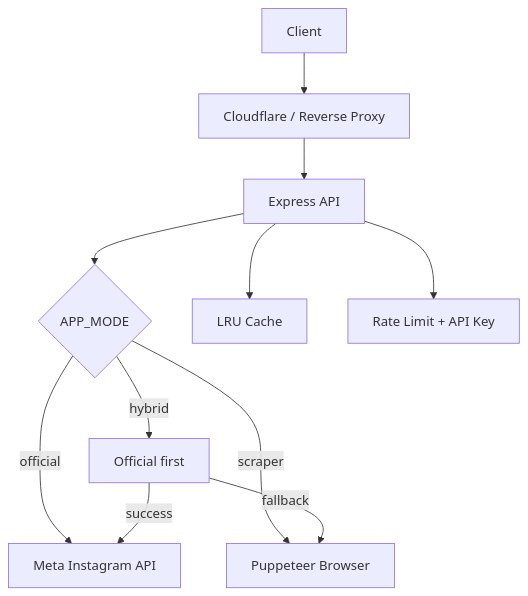
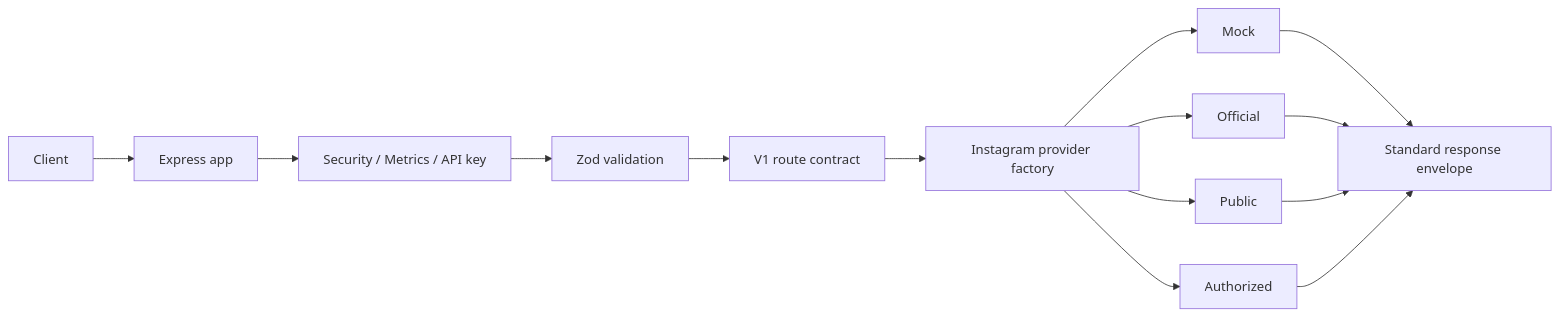
The diagram in docs/ARCHITECTURE.md (kakrusliandika/TenRusl-InstagramApiNodeJs), drawn with Mermaid before and after one commit. The commit also changed other lines of this file and 129 other files, not shown here.

````diff
--- a/docs/ARCHITECTURE.md
+++ b/docs/ARCHITECTURE.md
@@ -3,13 +5,16 @@
 ```mermaid
-flowchart TD
-  A[Client] --> B[Cloudflare / Reverse Proxy]
-  B --> C[Express API]
-  C --> D{APP_MODE}
-  D -->|official| E[Meta Instagram API]
-  D -->|scraper| F[Puppeteer Browser]
-  D -->|hybrid| G[Official first]
-  G -->|success| E
-  G -->|fallback| F
-  C --> H[LRU Cache]
-  C --> I[Rate Limit + API Key]
+flowchart LR
+  Client --> Express[Express app]
+  Express --> Middleware[Security / Metrics / API key]
+  Middleware --> Validation[Zod validation]
+  Validation --> Routes[V1 route contract]
+  Routes --> Factory[Instagram provider factory]
+  Factory --> Mock
+  Factory --> Official
+  Factory --> Public
+  Factory --> Authorized
+  Mock --> Envelope[Standard response envelope]
+  Official --> Envelope
+  Public --> Envelope
+  Authorized --> Envelope
 ```
````
